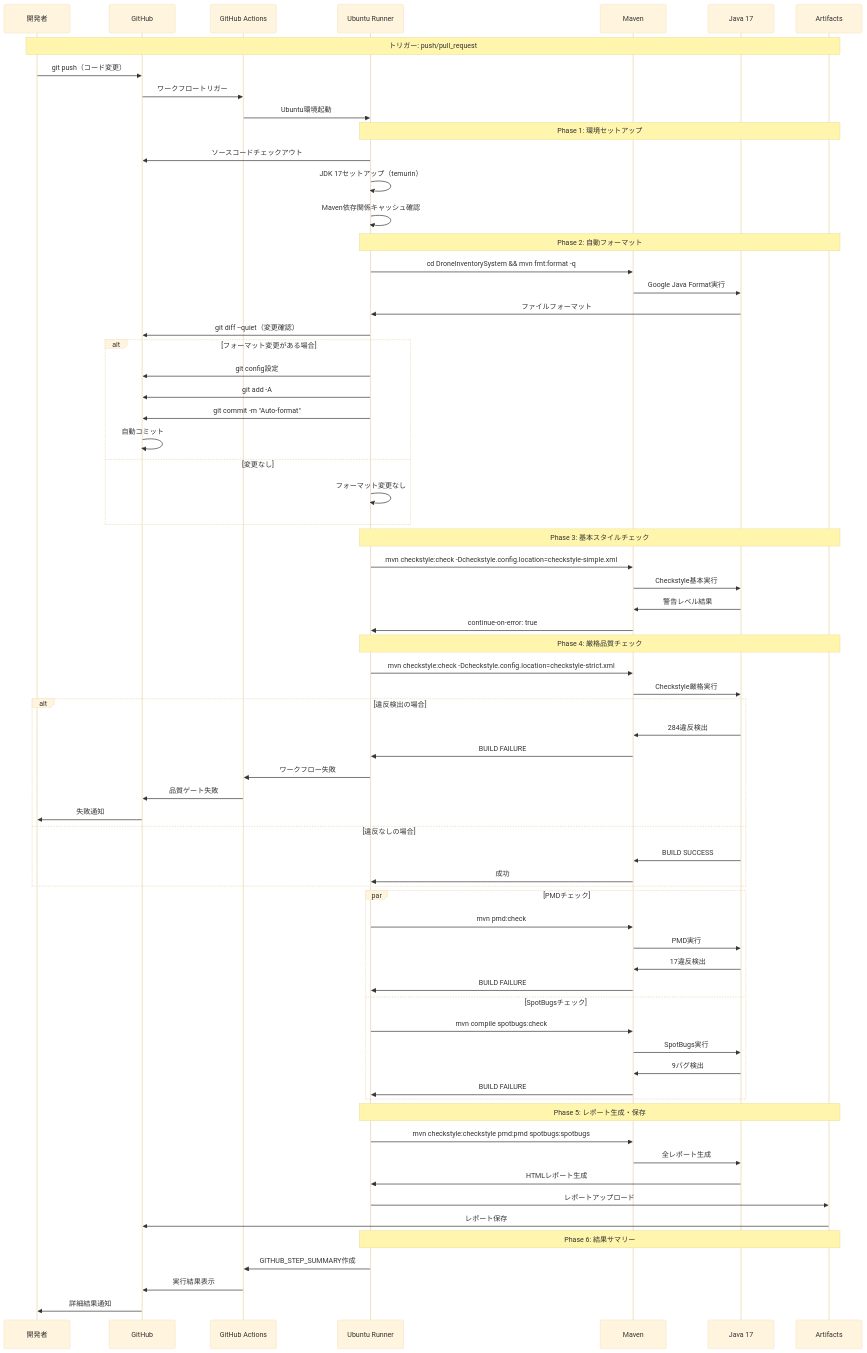
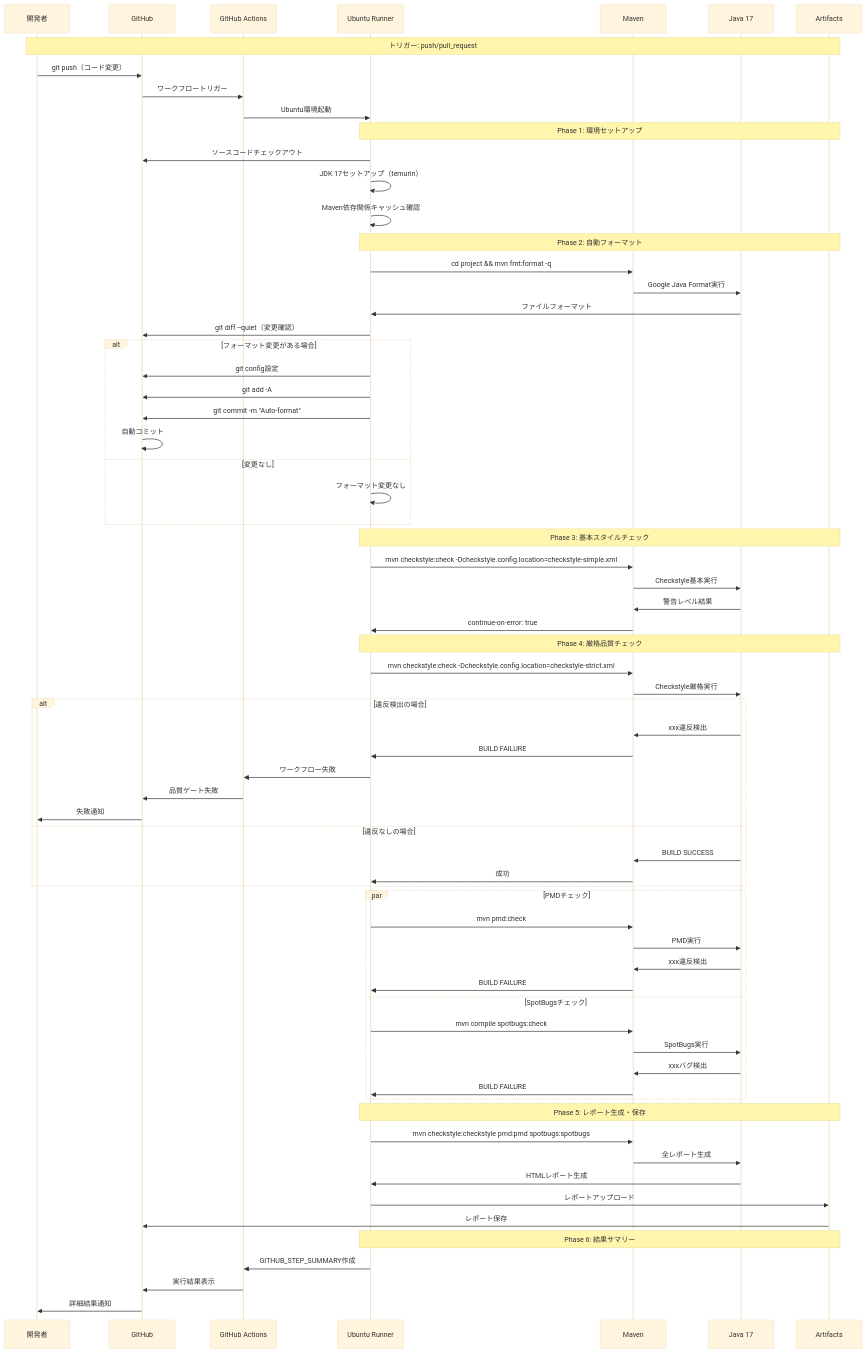
One commit to digital-ojt/development-webCourse-DroneInventorySystem changed the eighth of 13 diagrams in scripts/STATIC_ANALYSIS_SEQUENCE_DIAGRAM.md. Above: the diagram before and after it, drawn with Mermaid (base theme). The commit also changed other lines of this file and 1 other file, not shown here.

Commit message:
シーケンス図の更新

````diff
--- a/scripts/STATIC_ANALYSIS_SEQUENCE_DIAGRAM.md
+++ b/scripts/STATIC_ANALYSIS_SEQUENCE_DIAGRAM.md
@@ -368,80 +666,80 @@
 ```mermaid
 sequenceDiagram
     participant Dev as 開発者
     participant GitHub as GitHub
     participant Actions as GitHub Actions
     participant Runner as Ubuntu Runner
     participant Maven as Maven
     participant Java as Java 17
     participant Artifacts as Artifacts
     
     Note over Dev, Artifacts: トリガー: push/pull_request
     Dev->>GitHub: git push（コード変更）
     GitHub->>Actions: ワークフロートリガー
     Actions->>Runner: Ubuntu環境起動
     
     Note over Runner, Artifacts: Phase 1: 環境セットアップ
     Runner->>GitHub: ソースコードチェックアウト
     Runner->>Runner: JDK 17セットアップ（temurin）
     Runner->>Runner: Maven依存関係キャッシュ確認
     
     Note over Runner, Artifacts: Phase 2: 自動フォーマット
-    Runner->>Maven: cd DroneInventorySystem && mvn fmt:format -q
+    Runner->>Maven: cd project && mvn fmt:format -q
     Maven->>Java: Google Java Format実行
     Java->>Runner: ファイルフォーマット
     Runner->>GitHub: git diff --quiet（変更確認）
     
     alt フォーマット変更がある場合
         Runner->>GitHub: git config設定
         Runner->>GitHub: git add -A
         Runner->>GitHub: git commit -m "Auto-format"
         GitHub->>GitHub: 自動コミット
     else 変更なし
         Runner->>Runner: フォーマット変更なし
     end
     
     Note over Runner, Artifacts: Phase 3: 基本スタイルチェック
     Runner->>Maven: mvn checkstyle:check -Dcheckstyle.config.location=checkstyle-simple.xml
     Maven->>Java: Checkstyle基本実行
     Java->>Maven: 警告レベル結果
     Maven->>Runner: continue-on-error: true
     
     Note over Runner, Artifacts: Phase 4: 厳格品質チェック
     Runner->>Maven: mvn checkstyle:check -Dcheckstyle.config.location=checkstyle-strict.xml
     Maven->>Java: Checkstyle厳格実行
     
     alt 違反検出の場合
-        Java->>Maven: 284違反検出
+        Java->>Maven: xxx違反検出
         Maven->>Runner: BUILD FAILURE
         Runner->>Actions: ワークフロー失敗
         Actions->>GitHub: 品質ゲート失敗
         GitHub->>Dev: 失敗通知
     else 違反なしの場合
         Java->>Maven: BUILD SUCCESS
         Maven->>Runner: 成功
     end
     
     par PMDチェック
         Runner->>Maven: mvn pmd:check
         Maven->>Java: PMD実行
-        Java->>Maven: 17違反検出
+        Java->>Maven: xxx違反検出
         Maven->>Runner: BUILD FAILURE
     and SpotBugsチェック
         Runner->>Maven: mvn compile spotbugs:check
         Maven->>Java: SpotBugs実行
-        Java->>Maven: 9バグ検出
+        Java->>Maven: xxxバグ検出
         Maven->>Runner: BUILD FAILURE
     end
     
     Note over Runner, Artifacts: Phase 5: レポート生成・保存
     Runner->>Maven: mvn checkstyle:checkstyle pmd:pmd spotbugs:spotbugs
     Maven->>Java: 全レポート生成
     Java->>Runner: HTMLレポート生成
     Runner->>Artifacts: レポートアップロード
     Artifacts->>GitHub: レポート保存
     
     Note over Runner, Artifacts: Phase 6: 結果サマリー
     Runner->>Actions: GITHUB_STEP_SUMMARY作成
     Actions->>GitHub: 実行結果表示
     GitHub->>Dev: 詳細結果通知
 ```
````
